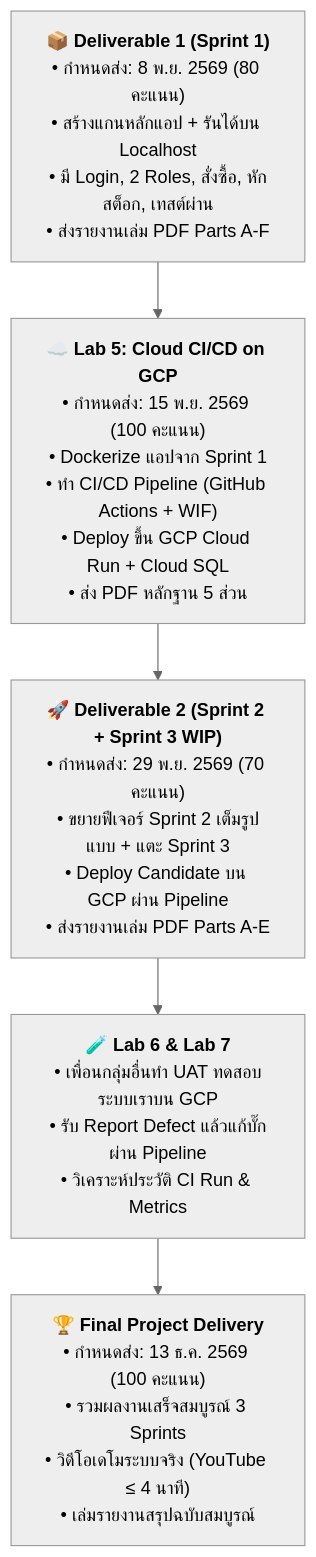
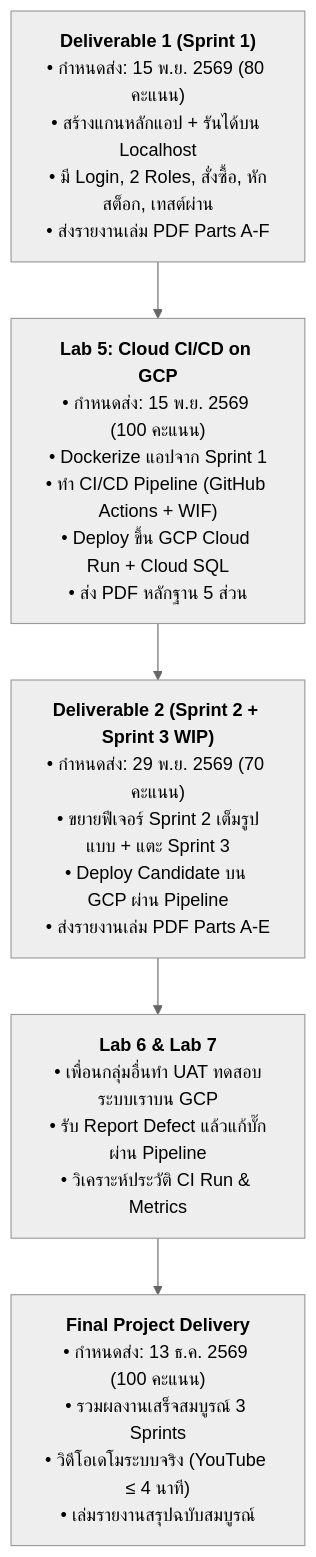
One commit to jiraphat-j/cpe334-ecommerce changed the second of 2 diagrams in PROJECT_CONTEXT.md. Above: the diagram before and after it, drawn with Mermaid (neutral theme). The commit also changed other lines of this file and 3 other files, not shown here.

Commit message:
docs: update Deliverable 1 deadline to 15 Nov 2026 across project context and roadmap

````diff
--- a/PROJECT_CONTEXT.md
+++ b/PROJECT_CONTEXT.md
@@ -57,14 +57,14 @@
 ```mermaid
 flowchart TD
-    D1["📦 <b>Deliverable 1 (Sprint 1)</b><br/>• กำหนดส่ง: 8 พ.ย. 2569 (80 คะแนน)<br/>• สร้างแกนหลักแอป + รันได้บน Localhost<br/>• มี Login, 2 Roles, สั่งซื้อ, หักสต็อก, เทสต์ผ่าน<br/>• ส่งรายงานเล่ม PDF Parts A-F"]
+    D1["<b>Deliverable 1 (Sprint 1)</b><br/>• กำหนดส่ง: 15 พ.ย. 2569 (80 คะแนน)<br/>• สร้างแกนหลักแอป + รันได้บน Localhost<br/>• มี Login, 2 Roles, สั่งซื้อ, หักสต็อก, เทสต์ผ่าน<br/>• ส่งรายงานเล่ม PDF Parts A-F"]
     
-    L5["☁️ <b>Lab 5: Cloud CI/CD on GCP</b><br/>• กำหนดส่ง: 15 พ.ย. 2569 (100 คะแนน)<br/>• Dockerize แอปจาก Sprint 1<br/>• ทำ CI/CD Pipeline (GitHub Actions + WIF)<br/>• Deploy ขึ้น GCP Cloud Run + Cloud SQL<br/>• ส่ง PDF หลักฐาน 5 ส่วน"]
+    L5["<b>Lab 5: Cloud CI/CD on GCP</b><br/>• กำหนดส่ง: 15 พ.ย. 2569 (100 คะแนน)<br/>• Dockerize แอปจาก Sprint 1<br/>• ทำ CI/CD Pipeline (GitHub Actions + WIF)<br/>• Deploy ขึ้น GCP Cloud Run + Cloud SQL<br/>• ส่ง PDF หลักฐาน 5 ส่วน"]
     
-    D2["🚀 <b>Deliverable 2 (Sprint 2 + Sprint 3 WIP)</b><br/>• กำหนดส่ง: 29 พ.ย. 2569 (70 คะแนน)<br/>• ขยายฟีเจอร์ Sprint 2 เต็มรูปแบบ + แตะ Sprint 3<br/>• Deploy Candidate บน GCP ผ่าน Pipeline<br/>• ส่งรายงานเล่ม PDF Parts A-E"]
+    D2["<b>Deliverable 2 (Sprint 2 + Sprint 3 WIP)</b><br/>• กำหนดส่ง: 29 พ.ย. 2569 (70 คะแนน)<br/>• ขยายฟีเจอร์ Sprint 2 เต็มรูปแบบ + แตะ Sprint 3<br/>• Deploy Candidate บน GCP ผ่าน Pipeline<br/>• ส่งรายงานเล่ม PDF Parts A-E"]
     
-    L6_7["🧪 <b>Lab 6 & Lab 7</b><br/>• เพื่อนกลุ่มอื่นทำ UAT ทดสอบระบบเราบน GCP<br/>• รับ Report Defect แล้วแก้บั๊กผ่าน Pipeline<br/>• วิเคราะห์ประวัติ CI Run & Metrics"]
+    L6_7["<b>Lab 6 & Lab 7</b><br/>• เพื่อนกลุ่มอื่นทำ UAT ทดสอบระบบเราบน GCP<br/>• รับ Report Defect แล้วแก้บั๊กผ่าน Pipeline<br/>• วิเคราะห์ประวัติ CI Run & Metrics"]
     
-    FINAL["🏆 <b>Final Project Delivery</b><br/>• กำหนดส่ง: 13 ธ.ค. 2569 (100 คะแนน)<br/>• รวมผลงานเสร็จสมบูรณ์ 3 Sprints<br/>• วิดีโอเดโมระบบจริง (YouTube ≤ 4 นาที)<br/>• เล่มรายงานสรุปฉบับสมบูรณ์"]
+    FINAL["<b>Final Project Delivery</b><br/>• กำหนดส่ง: 13 ธ.ค. 2569 (100 คะแนน)<br/>• รวมผลงานเสร็จสมบูรณ์ 3 Sprints<br/>• วิดีโอเดโมระบบจริง (YouTube ≤ 4 นาที)<br/>• เล่มรายงานสรุปฉบับสมบูรณ์"]
 
     D1 --> L5 --> D2 --> L6_7 --> FINAL
 ```
````
